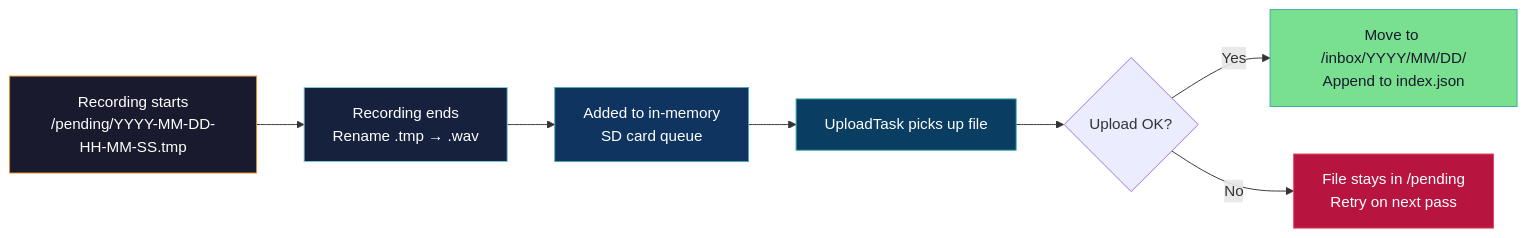
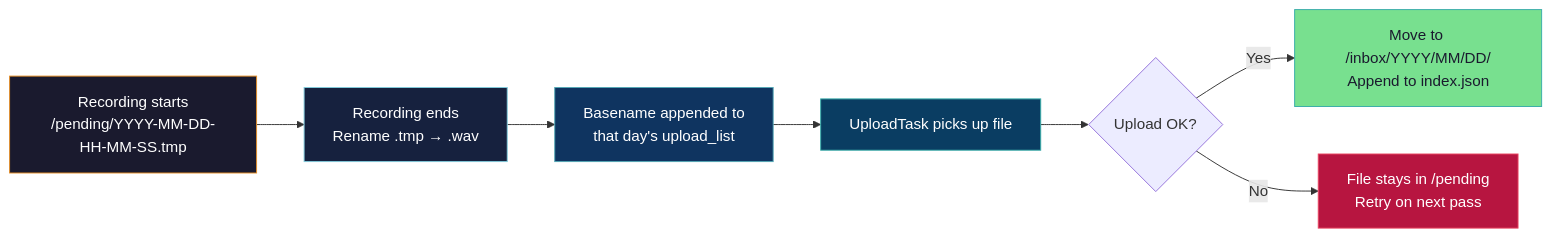
The third of 3 diagrams in docs/Uploader.md (Boondock-Echo/Echo-Tango), drawn with Mermaid before and after one commit. The commit also changed other lines of this file and 37 other files, not shown here.

````diff
--- a/docs/Uploader.md
+++ b/docs/Uploader.md
@@ -123,16 +110,16 @@
 ```mermaid
 flowchart LR
     A[Recording starts<br/>/pending/YYYY-MM-DD-HH-MM-SS.tmp] --> B[Recording ends<br/>Rename .tmp → .wav]
-    B --> C[Added to in-memory<br/>SD card queue]
+    B --> C[Basename appended to<br/>that day's upload_list]
     C --> D[UploadTask picks up file]
     D --> E{Upload OK?}
     E -- Yes --> F[Move to /inbox/YYYY/MM/DD/<br/>Append to index.json]
     E -- No --> G[File stays in /pending<br/>Retry on next pass]
 
     style A fill:#1a1a2e,stroke:#e58e26,color:#fff
     style B fill:#16213e,stroke:#82ccdd,color:#fff
     style C fill:#0f3460,stroke:#53a8b6,color:#fff
     style D fill:#0a3d62,stroke:#38ada9,color:#fff
     style F fill:#78e08f,stroke:#38ada9,color:#1a1a2e
     style G fill:#b71540,stroke:#e94560,color:#fff
 ```
````
